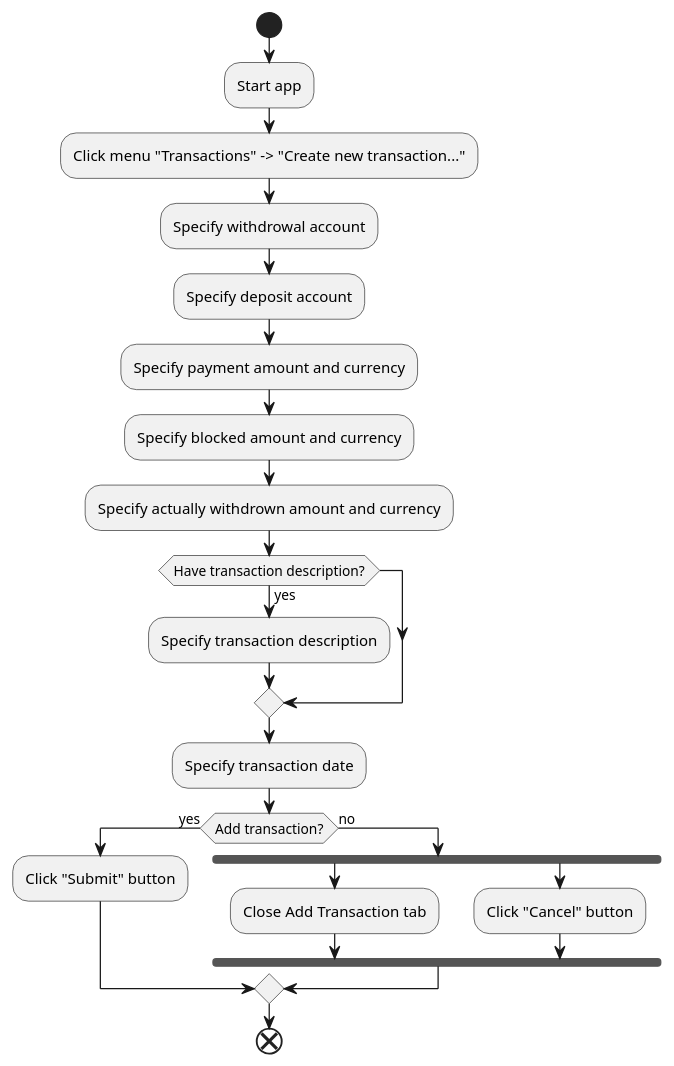
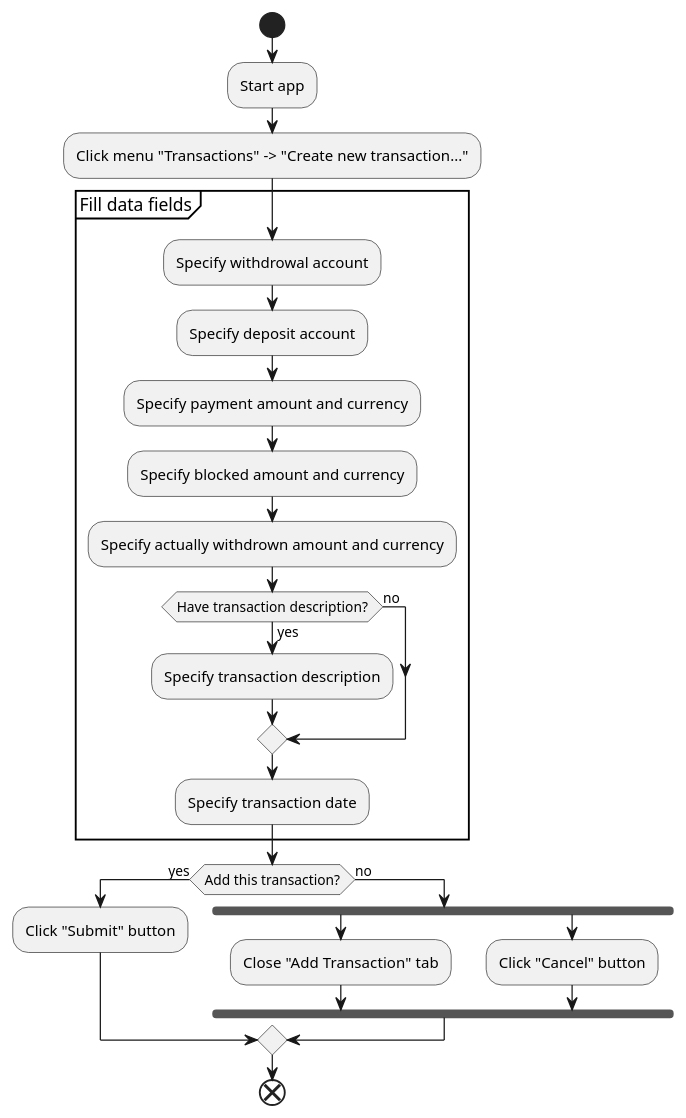
Before and after one commit to vduseev/accountant: the diagram in accountant_desktop/diagrams/activity/add_transaction.puml, drawn with PlantUML. The commit also changed 2 other files, not shown here.

Commit message:
Continue to work on diagrams

```diff
--- a/accountant_desktop/diagrams/activity/add_transaction.puml
+++ b/accountant_desktop/diagrams/activity/add_transaction.puml
@@ -1,31 +1,34 @@
 @startuml
 start
 
 :Start app;
 
 :Click menu "Transactions" -> "Create new transaction...";
 
-:Specify withdrowal account;
-:Specify deposit account;
-:Specify payment amount and currency;
-:Specify blocked amount and currency;
-:Specify actually withdrown amount and currency;
+partition "Fill data fields" {
+  :Specify withdrowal account;
+  :Specify deposit account;
+  :Specify payment amount and currency;
+  :Specify blocked amount and currency;
+  :Specify actually withdrown amount and currency;
 
-if (Have transaction description?) then (yes)
-  :Specify transaction description;
-endif
+  if (Have transaction description?) then (yes)
+    :Specify transaction description;
+  else (no)
+  endif
 
-:Specify transaction date;
+  :Specify transaction date;
+}
 
-if (Add transaction?) then (yes)
+if (Add this transaction?) then (yes)
   :Click "Submit" button;
 else (no)
   fork
-    :Close Add Transaction tab;
+    :Close "Add Transaction" tab;
   fork again
     :Click "Cancel" button;
   end fork
 endif
 
 end
 @enduml
```
